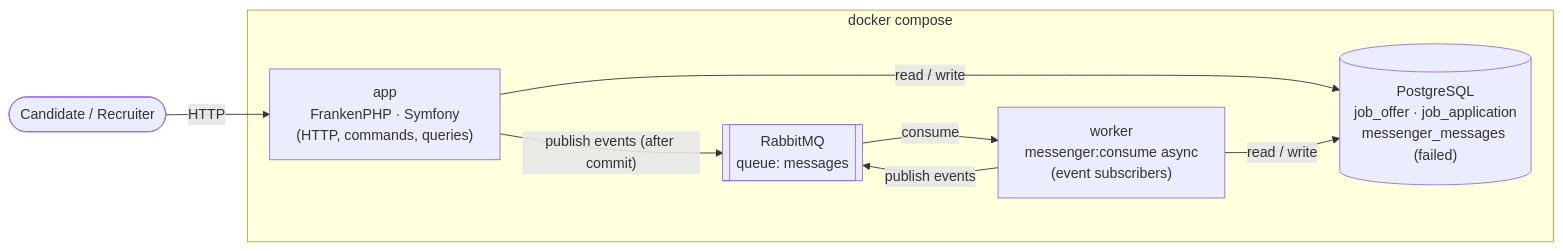
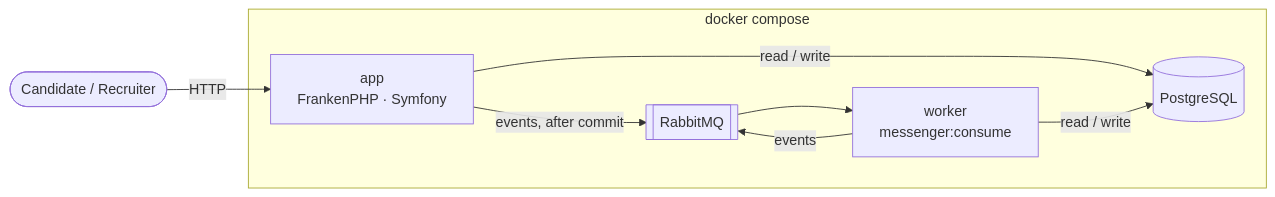
Before and after one commit to manuelarandait/ats-poc: the first of 3 diagrams in docs/ARCHITECTURE.md, drawn with Mermaid. The commit also changed other lines of this file and 5 other files, not shown here.

First line of the commit message:
docs: cut the architecture document to its essentials

````diff
--- a/docs/ARCHITECTURE.md
+++ b/docs/ARCHITECTURE.md
@@ -50,18 +13,16 @@
 ```mermaid
 flowchart LR
     user([Candidate / Recruiter])
-
     subgraph docker [docker compose]
-        app["app<br/>FrankenPHP · Symfony<br/>(HTTP, commands, queries)"]
-        worker["worker<br/>messenger:consume async<br/>(event subscribers)"]
-        db[("PostgreSQL<br/>job_offer · job_application<br/>messenger_messages (failed)")]
-        mq[["RabbitMQ<br/>queue: messages"]]
+        app["app<br/>FrankenPHP · Symfony"]
+        worker["worker<br/>messenger:consume"]
+        db[("PostgreSQL")]
+        mq[["RabbitMQ"]]
     end
-
     user -- HTTP --> app
     app -- "read / write" --> db
-    app -- "publish events (after commit)" --> mq
-    mq -- "consume" --> worker
+    app -- "events, after commit" --> mq
+    mq --> worker
     worker -- "read / write" --> db
-    worker -- "publish events" --> mq
+    worker -- events --> mq
 ```
````
